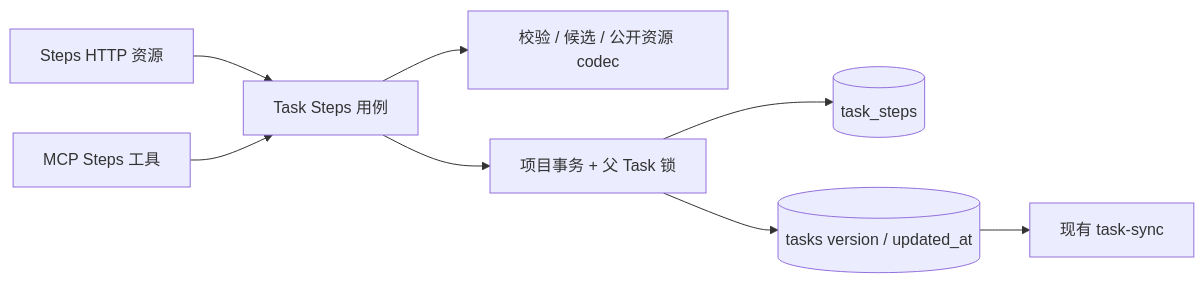
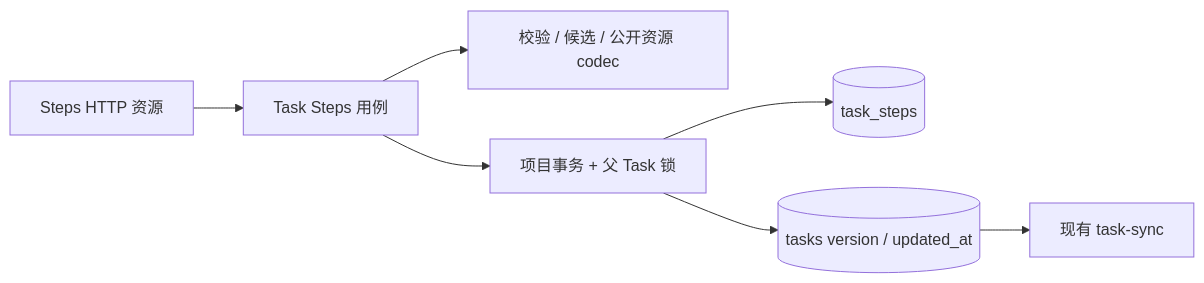
The diagram in docs/design/daynight-task-steps.md (codetreker/daynight), drawn with Mermaid before and after one commit. The commit also changed other lines of this file and 40 other files, not shown here.

First line of the commit message:
Remove MCP Task Steps tools (#2089)

````diff
--- a/docs/design/daynight-task-steps.md
+++ b/docs/design/daynight-task-steps.md
@@ -24,10 +24,9 @@
 ```mermaid
 flowchart LR
   HTTP[Steps HTTP 资源] --> Service[Task Steps 用例]
-  MCP[MCP Steps 工具] --> Service
   Service --> Pure[校验 / 候选 / 公开资源 codec]
   Service --> Tx[项目事务 + 父 Task 锁]
   Tx --> Rows[(task_steps)]
   Tx --> Parent[(tasks version / updated_at)]
   Parent --> Sync[现有 task-sync]
 ```
````
